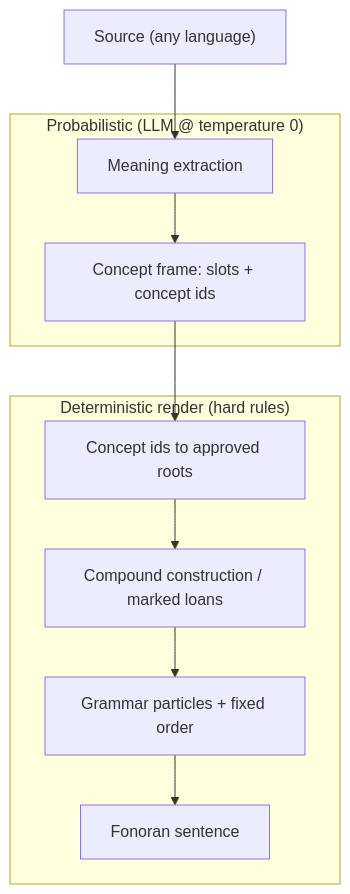
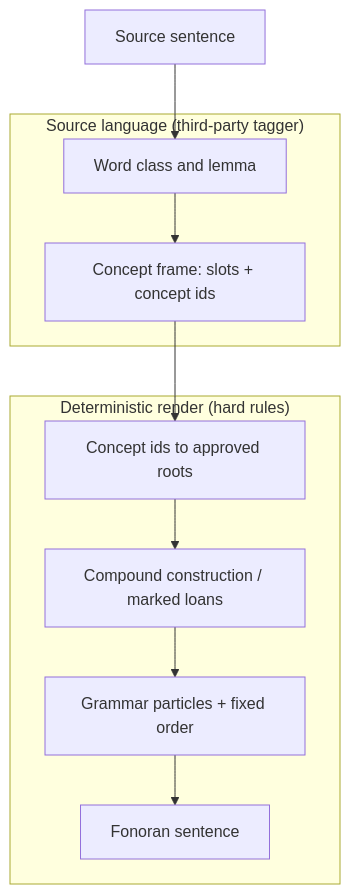
The third of 3 diagrams in docs/fonoran-grammar.md (Fonora/fonora), drawn with Mermaid before and after one commit. The commit also changed other lines of this file and 20 other files, not shown here.

````diff
--- a/docs/fonoran-grammar.md
+++ b/docs/fonoran-grammar.md
@@ -535,15 +535,15 @@
 ```mermaid
 flowchart TD
-  SRC["Source (any language)"]
-  subgraph Probabilistic["Probabilistic (LLM @ temperature 0)"]
-    ME["Meaning extraction"]
+  SRC["Source sentence"]
+  subgraph Source["Source language (third-party tagger)"]
+    ME["Word class and lemma"]
     SG["Concept frame: slots + concept ids"]
   end
   subgraph Deterministic["Deterministic render (hard rules)"]
     PC["Concept ids to approved roots"]
     CC["Compound construction / marked loans"]
     GP["Grammar particles + fixed order"]
     FO["Fonoran sentence"]
   end
   SRC --> ME --> SG --> PC --> CC --> GP --> FO
 ```
````
